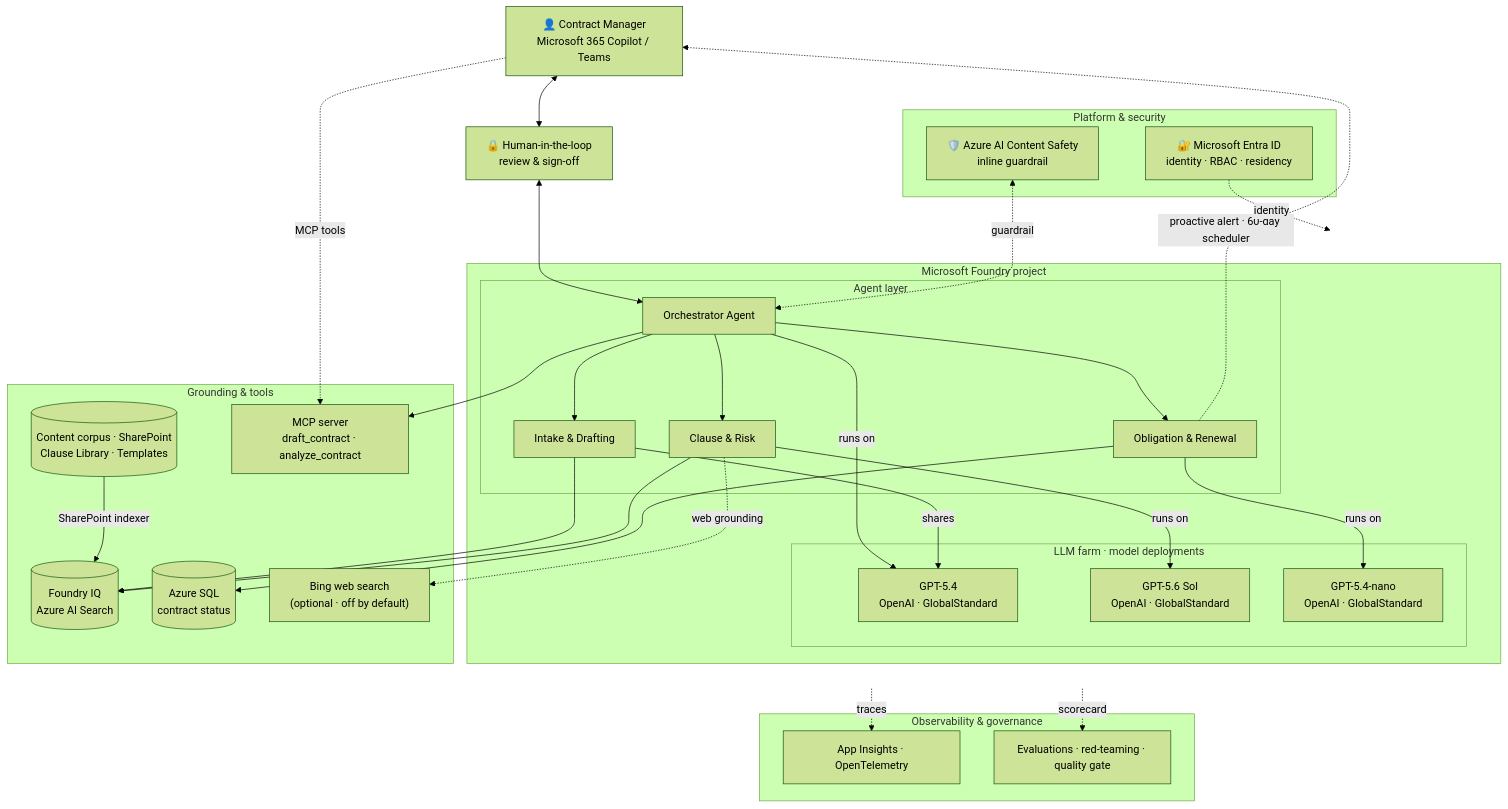
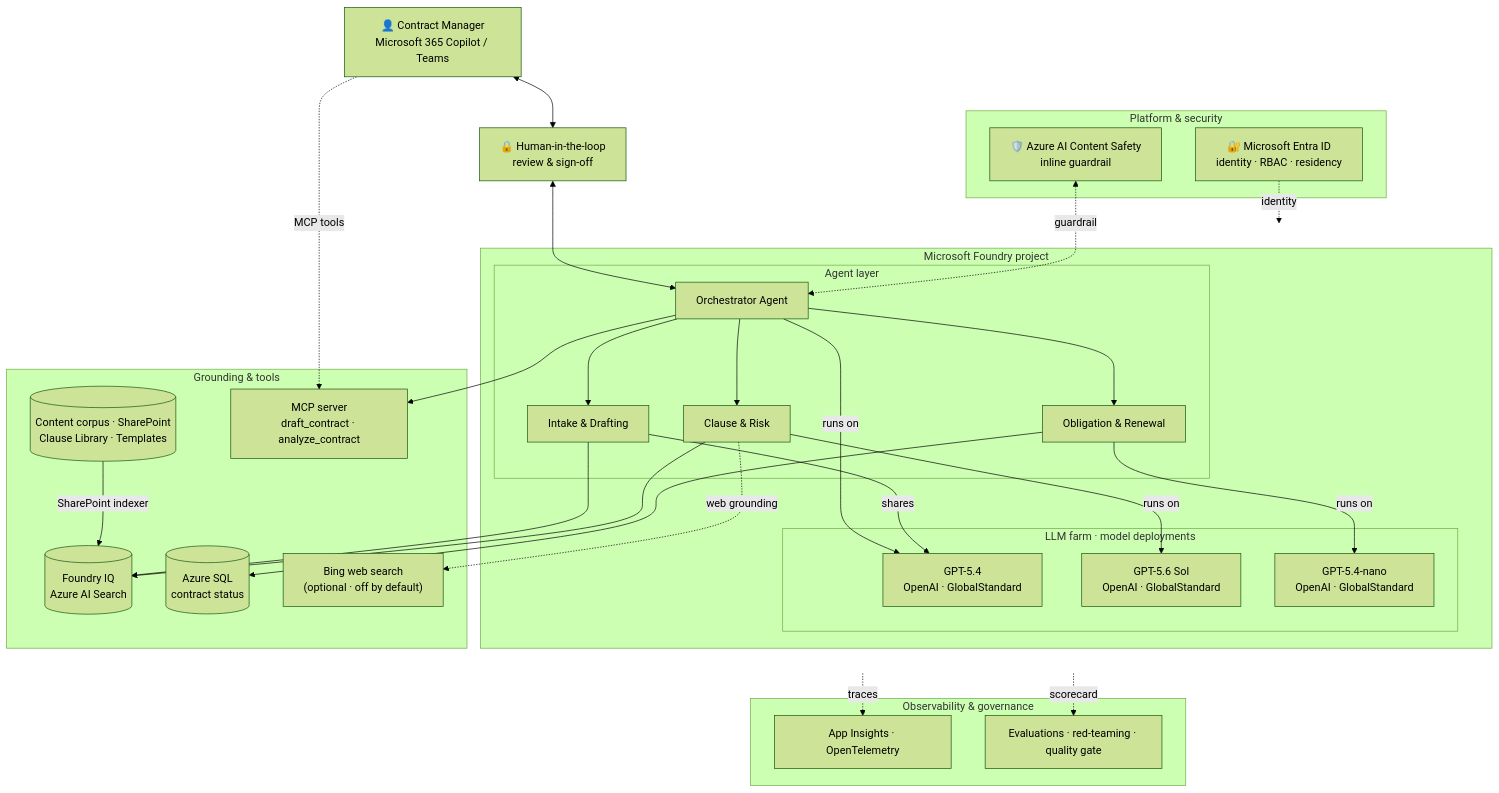
Before and after one commit to microsoft/MicroHack: the diagram in 03-Azure/01-04-AI/04_Agentic_Contract_Lifecycle_Management/README.md, drawn with Mermaid (forest theme). The commit also changed other lines of this file and 38 other files, not shown here.

````diff
--- a/03-Azure/01-04-AI/04_Agentic_Contract_Lifecycle_Management/README.md
+++ b/03-Azure/01-04-AI/04_Agentic_Contract_Lifecycle_Management/README.md
@@ -157,60 +152,58 @@
 ```mermaid
 flowchart TB
     user["👤 Contract Manager<br/>Microsoft 365 Copilot / Teams"]
     hitl["🔒 Human-in-the-loop<br/>review &amp; sign-off"]
     user <--> hitl
 
     subgraph Foundry["Microsoft Foundry project"]
         subgraph Agents["Agent layer"]
             orch["Orchestrator Agent"]
             intake["Intake &amp; Drafting"]
             clause["Clause &amp; Risk"]
             renew["Obligation &amp; Renewal"]
             orch --> intake
             orch --> clause
             orch --> renew
         end
         subgraph Farm["LLM farm · model deployments"]
             gpt54["GPT-5.4<br/>OpenAI · GlobalStandard"]
             gpt56sol["GPT-5.6 Sol<br/>OpenAI · GlobalStandard"]
             gpt5mini["GPT-5.4-nano<br/>OpenAI · GlobalStandard"]
         end
         orch -->|runs on| gpt54
         intake -->|shares| gpt54
         clause -->|runs on| gpt56sol
         renew -->|runs on| gpt5mini
     end
     hitl <--> orch
 
     subgraph Ground["Grounding & tools"]
         sources[("Content corpus · SharePoint<br/>Clause Library · Templates")]
         iq[("Foundry IQ<br/>Azure AI Search")]
         sql[("Azure SQL<br/>contract status")]
         bing["Bing web search<br/>(optional · off by default)"]
         mcp["MCP server<br/>draft_contract · analyze_contract"]
     end
 
     sources -->|SharePoint indexer| iq
     intake --> iq
     clause --> iq
     clause -. "web grounding" .-> bing
     renew --> sql
     orch --> mcp
     user -. "MCP tools" .-> mcp
 
     subgraph Sec["Platform & security"]
         entra["🔐 Microsoft Entra ID<br/>identity · RBAC · residency"]
         safety["🛡️ Azure AI Content Safety<br/>inline guardrail"]
     end
     entra -. identity .-> Foundry
     safety <-. guardrail .-> orch
 
     subgraph Obs["Observability & governance"]
         ai["App Insights · OpenTelemetry"]
         eval["Evaluations · red-teaming · quality gate"]
     end
     Foundry -.traces.-> ai
     Foundry -.scorecard.-> eval
-
-    renew -. "proactive alert · 60-day scheduler" .-> user
 ```
````
